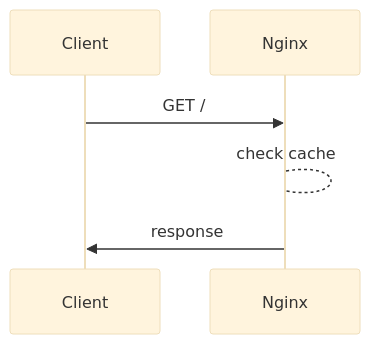
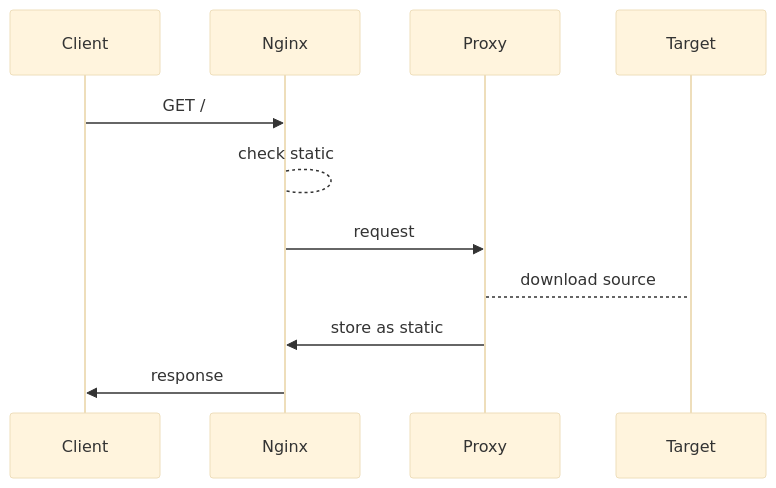
One commit to evgenykon/docker-experiments changed the diagram in reverse-proxy-custom/README.md. Above: the diagram before and after it, drawn with Mermaid (base theme).

````diff
--- a/reverse-proxy-custom/README.md
+++ b/reverse-proxy-custom/README.md
@@ -3,6 +3,9 @@
 ```mermaid
 sequenceDiagram
     Client->>Nginx: GET /
-    Nginx-->Nginx: check cache
+    Nginx-->Nginx: check static
+    Nginx->>Proxy: request
+    Proxy-->Target: download source
+    Proxy->>Nginx: store as static
     Nginx->>Client: response
 ```
````
